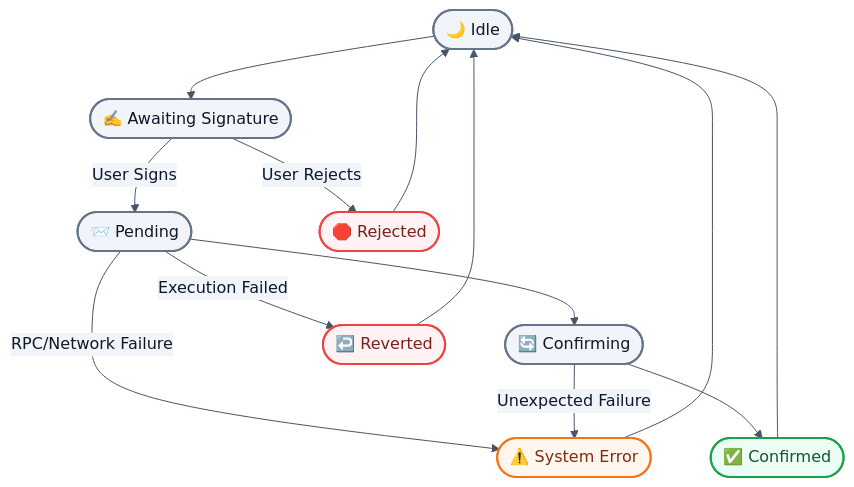
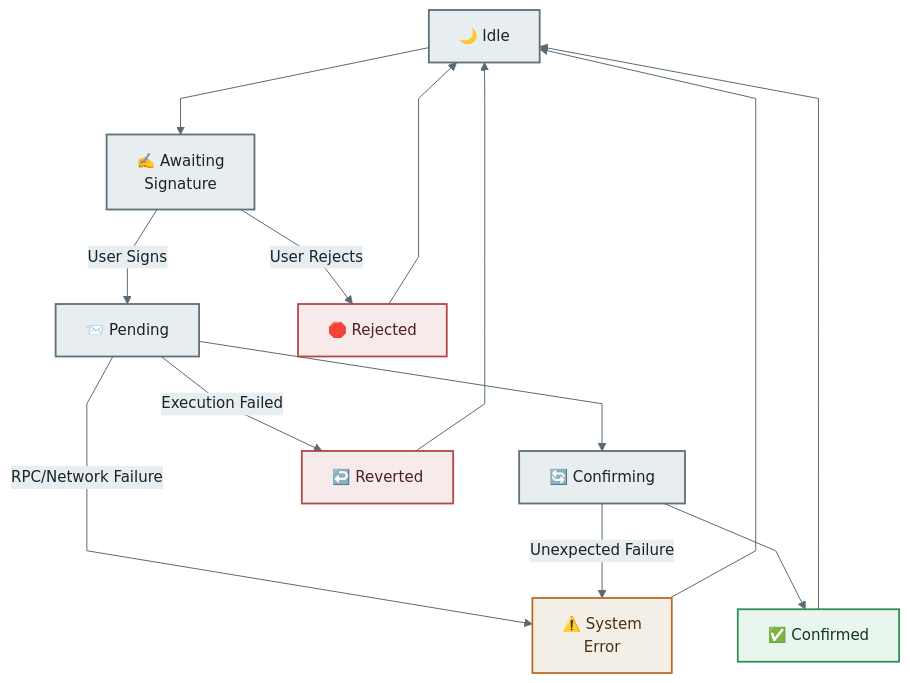
Before and after one commit to sunshineluyao/Moss-Mcp-Transaction: the third of 8 diagrams in README.md, drawn with Mermaid. The commit also changed other lines of this file, not shown here.

Commit message:
docs: improve mermaid readability and dark-light harmony

````diff
--- a/README.md
+++ b/README.md
@@ -294,28 +294,28 @@
 ```mermaid
-%%{init: {'theme':'base','themeVariables': {'fontFamily':'Trebuchet MS, Segoe UI, sans-serif','primaryColor':'#f8fafc','primaryBorderColor':'#64748b','primaryTextColor':'#0f172a','lineColor':'#475569','secondaryColor':'#f1f5f9','tertiaryColor':'#ffffff'}}}%%
+%%{init: {'theme':'base','flowchart': {'htmlLabels': true, 'nodeSpacing': 56, 'rankSpacing': 72, 'curve': 'linear'},'themeVariables': {'fontFamily':'Trebuchet MS, Segoe UI, sans-serif','fontSize':'15px','primaryColor':'#eef2f4','primaryBorderColor':'#5e6f78','primaryTextColor':'#17232d','lineColor':'#5a6a74','secondaryColor':'#e8eeef','tertiaryColor':'#f7f8f8'}}}%%
 flowchart TB
-  Idle([🌙 Idle]) --> Awaiting([✍️ Awaiting Signature])
-  Awaiting -->|User Signs| Pending([📨 Pending])
-  Awaiting -->|User Rejects| Rejected([🛑 Rejected])
+  Idle["🌙 Idle"] --> Awaiting["✍️ Awaiting<br/>Signature"]
+  Awaiting -->|User Signs| Pending["📨 Pending"]
+  Awaiting -->|User Rejects| Rejected["🛑 Rejected"]
 
-  Pending --> Confirming([🔄 Confirming])
-  Confirming --> Confirmed([✅ Confirmed])
-  Pending -->|Execution Failed| Reverted([↩️ Reverted])
-  Pending -->|RPC/Network Failure| SystemError([⚠️ System Error])
+  Pending --> Confirming["🔄 Confirming"]
+  Confirming --> Confirmed["✅ Confirmed"]
+  Pending -->|Execution Failed| Reverted["↩️ Reverted"]
+  Pending -->|RPC/Network Failure| SystemError["⚠️ System<br/>Error"]
   Confirming -->|Unexpected Failure| SystemError
 
   Rejected --> Idle
   Reverted --> Idle
   SystemError --> Idle
   Confirmed --> Idle
 
-  classDef neutral fill:#f1f5f9,stroke:#64748b,stroke-width:2px,color:#0f172a;
-  classDef success fill:#ecfdf5,stroke:#16a34a,stroke-width:2px,color:#14532d;
-  classDef danger fill:#fef2f2,stroke:#ef4444,stroke-width:2px,color:#7f1d1d;
-  classDef warn fill:#fff7ed,stroke:#f97316,stroke-width:2px,color:#7c2d12;
+  classDef neutral fill:#e8eeef,stroke:#5e6f78,stroke-width:1.8px,color:#17232d;
+  classDef success fill:#e9f6ed,stroke:#2f8f57,stroke-width:1.8px,color:#153523;
+  classDef danger fill:#f7eaea,stroke:#b24848,stroke-width:1.8px,color:#4f1f1f;
+  classDef warn fill:#f4efe6,stroke:#b86f28,stroke-width:1.8px,color:#4d2e13;
 
   class Idle,Awaiting,Pending,Confirming neutral;
   class Confirmed success;
   class Rejected,Reverted danger;
   class SystemError warn;
 ```
````
